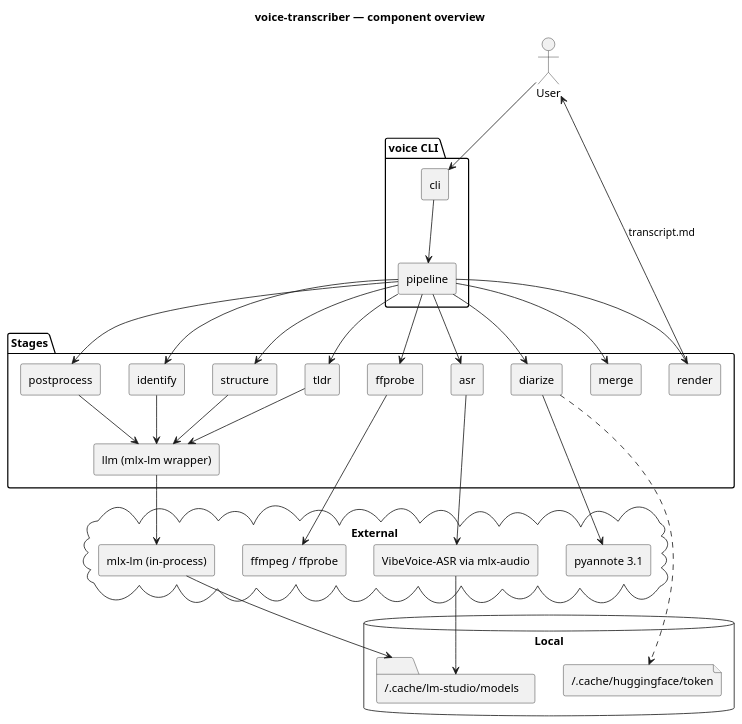
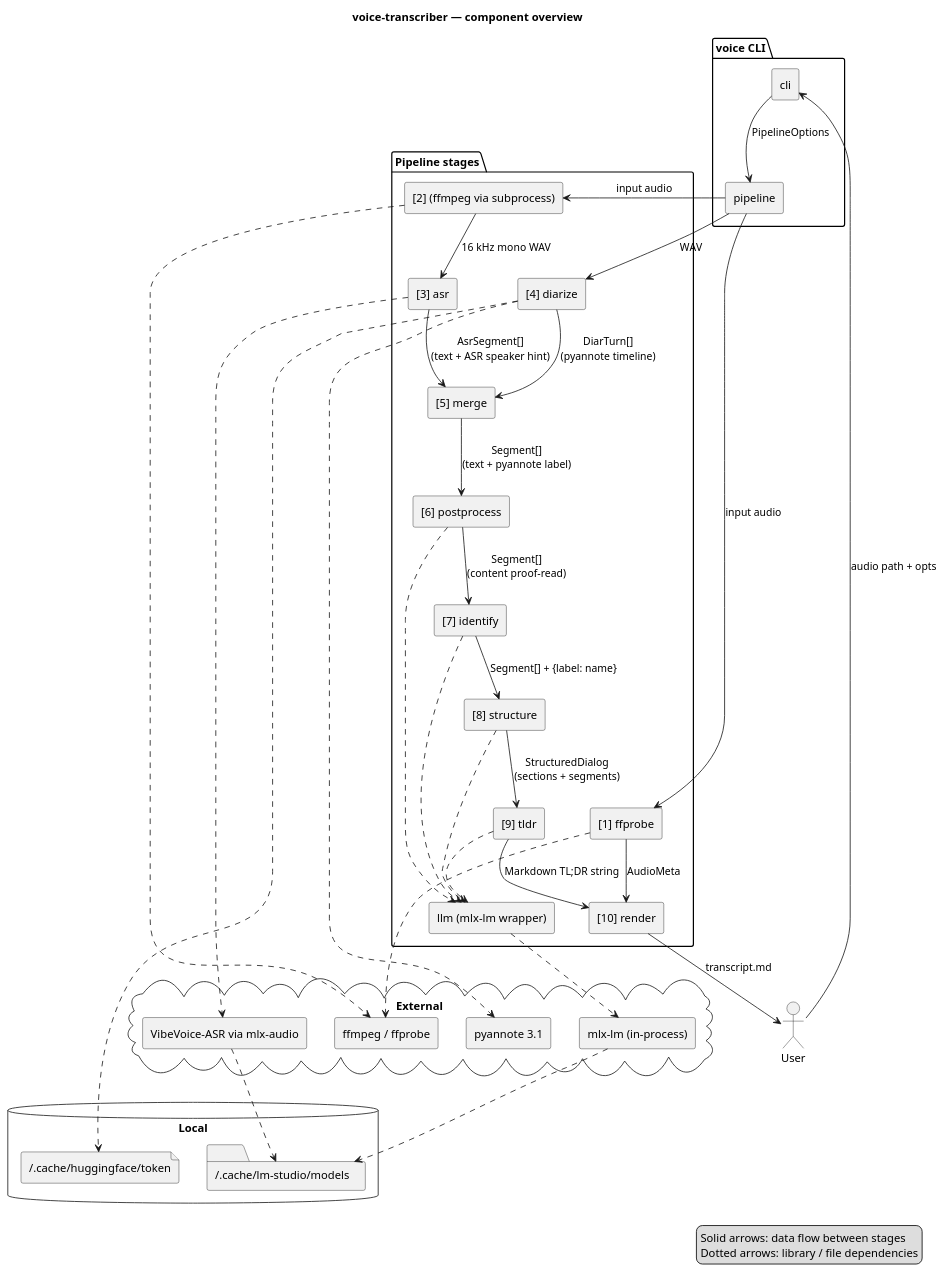
The diagram in docs/architecture.md (artem-from-ua/voice-transcriber), drawn with PlantUML before and after one commit. The commit also changed other lines of this file, not shown here.

Commit message:
Number pipeline stages and annotate data flow in architecture diagram
Two small fixes to the architecture overview:
- Stage components are now numbered [1]..[10], matching the log labels
  ("[6/9] ASR-постобробка" etc.) so the diagram and the runtime output
  speak the same language.
- Solid arrows between stages carry the data type they pass:
  AsrSegment[], DiarTurn[], Segment[], StructuredDialog, etc. Dotted
  arrows stay for library/file dependencies. A legend at the bottom
  explains the convention.

The Data flow section under the diagram is reorganised to match the
numbered diagram and call out the parallel ASR/Diarize branches that
share the same WAV input.

No code change — docs only.

````diff
--- a/docs/architecture.md
+++ b/docs/architecture.md
@@ -9,63 +9,75 @@
 ```plantuml
 @startuml
 title voice-transcriber — component overview
 skinparam componentStyle rectangle
 
 actor User
 
 package "voice CLI" {
   component "cli" as CLI
   component "pipeline" as Pipeline
 }
 
-package "Stages" {
-  component "ffprobe" as FF
-  component "asr" as ASR
-  component "diarize" as Diar
-  component "merge" as Merge
-  component "postprocess" as Post
-  component "identify" as Ident
-  component "structure" as Struct
-  component "tldr" as TLDR
-  component "render" as Render
+package "Pipeline stages" {
+  component "[1] ffprobe" as FF
+  component "[2] (ffmpeg via subprocess)" as WAV
+  component "[3] asr" as ASR
+  component "[4] diarize" as Diar
+  component "[5] merge" as Merge
+  component "[6] postprocess" as Post
+  component "[7] identify" as Ident
+  component "[8] structure" as Struct
+  component "[9] tldr" as TLDR
+  component "[10] render" as Render
   component "llm (mlx-lm wrapper)" as LLM
 }
 
 cloud "External" {
   [ffmpeg / ffprobe] as Ffmpeg
   [VibeVoice-ASR via mlx-audio] as MLX
   [pyannote 3.1] as Pyannote
   [mlx-lm (in-process)] as MlxLm
 }
 
 database "Local" {
   folder "~/.cache/lm-studio/models" as LMSCache
   file "~/.cache/huggingface/token" as HFToken
 }
 
-User --> CLI
-CLI --> Pipeline
-Pipeline --> FF
-Pipeline --> ASR
-Pipeline --> Diar
-Pipeline --> Merge
-Pipeline --> Post
-Pipeline --> Ident
-Pipeline --> Struct
-Pipeline --> TLDR
-Pipeline --> Render
+User --> CLI : audio path + opts
+CLI --> Pipeline : PipelineOptions
 
-FF --> Ffmpeg
-ASR --> MLX
-MLX --> LMSCache
-Diar --> Pyannote
+Pipeline --> WAV : input audio
+WAV --> ASR : 16 kHz mono WAV
+Pipeline --> FF : input audio
+FF --> Render : AudioMeta
+
+ASR --> Merge : AsrSegment[]\n(text + ASR speaker hint)
+Pipeline --> Diar : WAV
+Diar --> Merge : DiarTurn[]\n(pyannote timeline)
+Merge --> Post : Segment[]\n(text + pyannote label)
+Post --> Ident : Segment[]\n(content proof-read)
+Ident --> Struct : Segment[] + {label: name}
+Struct --> TLDR : StructuredDialog\n(sections + segments)
+TLDR --> Render : Markdown TL;DR string
+Render --> User : transcript.md
+
+WAV ..> Ffmpeg
+FF ..> Ffmpeg
+ASR ..> MLX
+MLX ..> LMSCache
+Diar ..> Pyannote
 Diar ..> HFToken
-Post --> LLM
-Ident --> LLM
-Struct --> LLM
-TLDR --> LLM
-LLM --> MlxLm
-MlxLm --> LMSCache
-Render --> User : transcript.md
+Post ..> LLM
+Ident ..> LLM
+Struct ..> LLM
+TLDR ..> LLM
+LLM ..> MlxLm
+MlxLm ..> LMSCache
+
+legend right
+  Solid arrows: data flow between stages
+  Dotted arrows: library / file dependencies
+end legend
 @enduml
 ```
````
